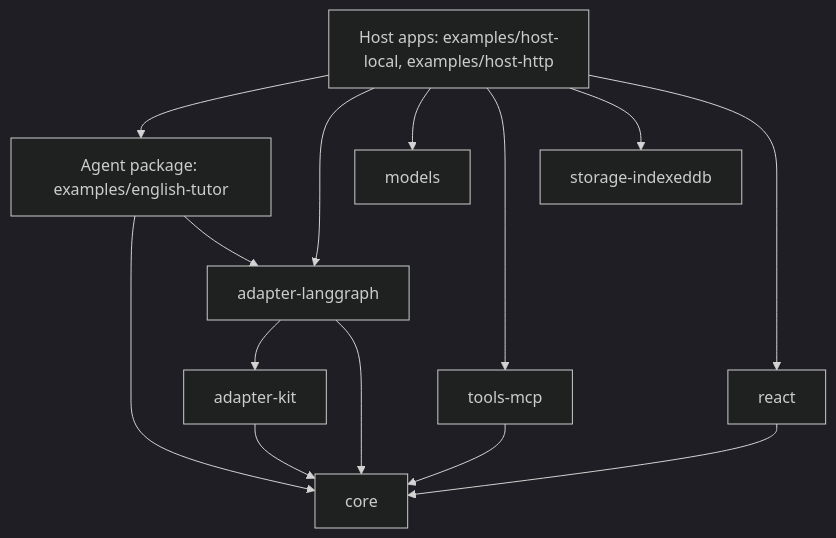
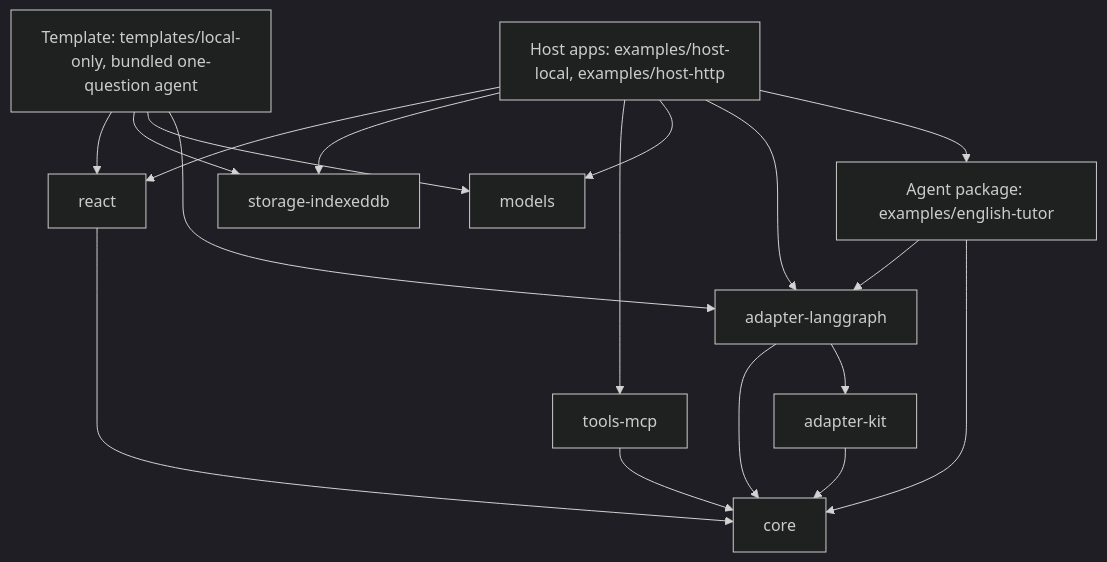
One commit to vinhnxv/galaxie changed the second of 8 diagrams in docs/system-design.md. Above: the diagram before and after it, drawn with Mermaid (dark theme). The commit also changed other lines of this file and 28 other files, not shown here.

First line of the commit message:
feat(templates): add a local-only starter template

````diff
--- a/docs/system-design.md
+++ b/docs/system-design.md
@@ -92,10 +93,12 @@
 ```mermaid
 flowchart TD
     Host["Host apps: examples/host-local, examples/host-http"]
+    Starter["Template: templates/local-only, bundled one-question agent"]
+    Starter --> Adapter & Models & Storage & ReactPkg
     Tutor["Agent package: examples/english-tutor"]
     Host --> Tutor
     Host --> Adapter["adapter-langgraph"] & Models["models"] & Mcp["tools-mcp"] & Storage["storage-indexeddb"] & ReactPkg["react"]
     Tutor --> Core["core"] & Adapter
     Adapter --> Kit["adapter-kit"]
     Adapter & Kit & Mcp & ReactPkg --> Core
 ```
````
